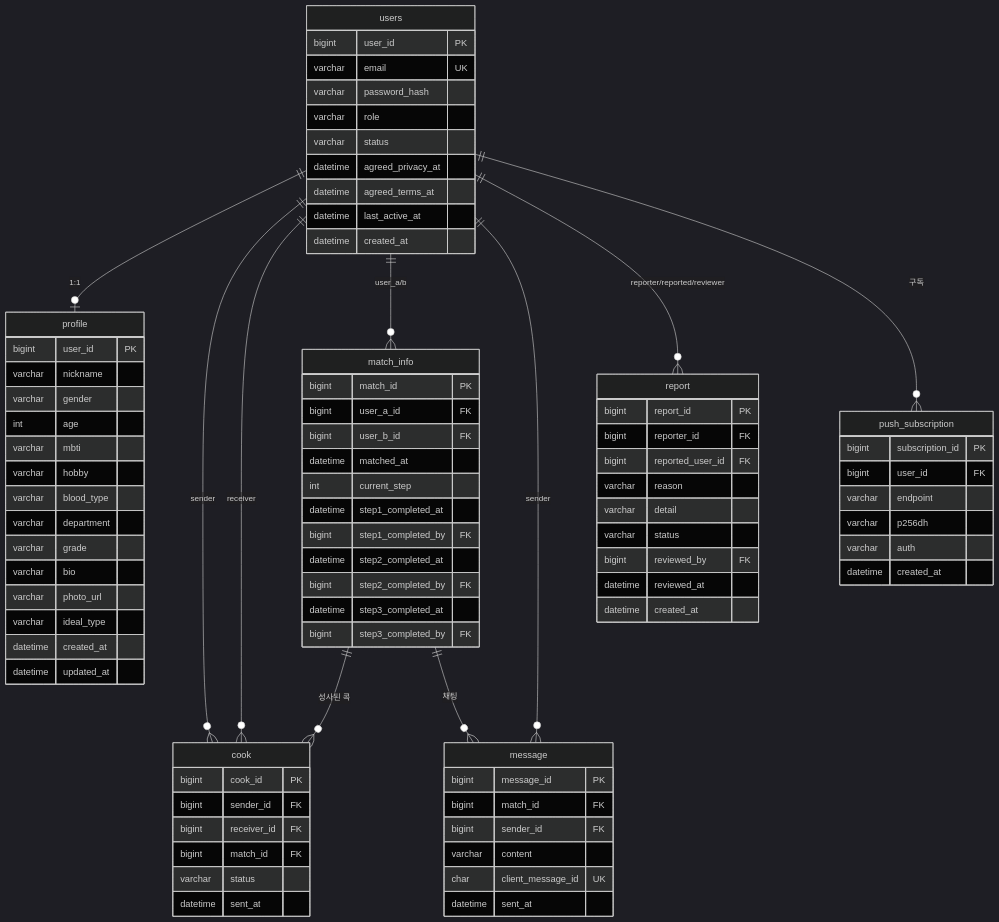
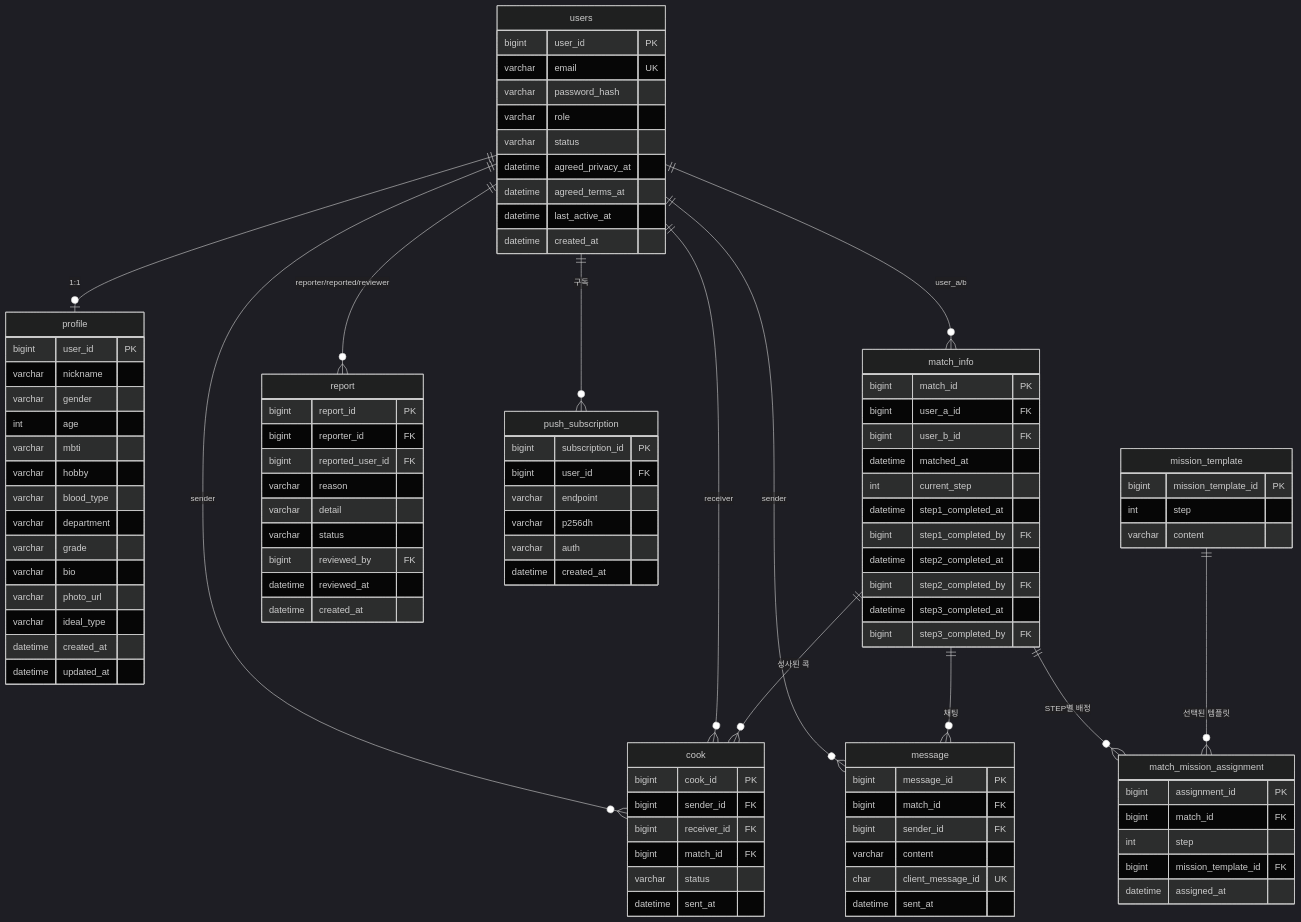
One commit to seoil-power-rangers/facecook-be changed the diagram in docs/ERD.md. Above: the diagram before and after it, drawn with Mermaid (dark theme). The commit also changed other lines of this file and 1 other file, not shown here.

Commit message:
docs: 랜덤 미션 API와 ERD 명세 보완

```diff
--- a/docs/ERD.md
+++ b/docs/ERD.md
@@ -30,6 +31,8 @@
     users ||--o{ push_subscription : "구독"
     match_info ||--o{ cook : "성사된 콕"
     match_info ||--o{ message : "채팅"
+    match_info ||--o{ match_mission_assignment : "STEP별 배정"
+    mission_template ||--o{ match_mission_assignment : "선택된 템플릿"
 
     users {
         bigint user_id PK
@@ -71,6 +74,18 @@
         datetime step3_completed_at
         bigint step3_completed_by FK
     }
+    mission_template {
+        bigint mission_template_id PK
+        int step
+        varchar content
+    }
+    match_mission_assignment {
+        bigint assignment_id PK
+        bigint match_id FK
+        int step
+        bigint mission_template_id FK
+        datetime assigned_at
+    }
     cook {
         bigint cook_id PK
         bigint sender_id FK
```
